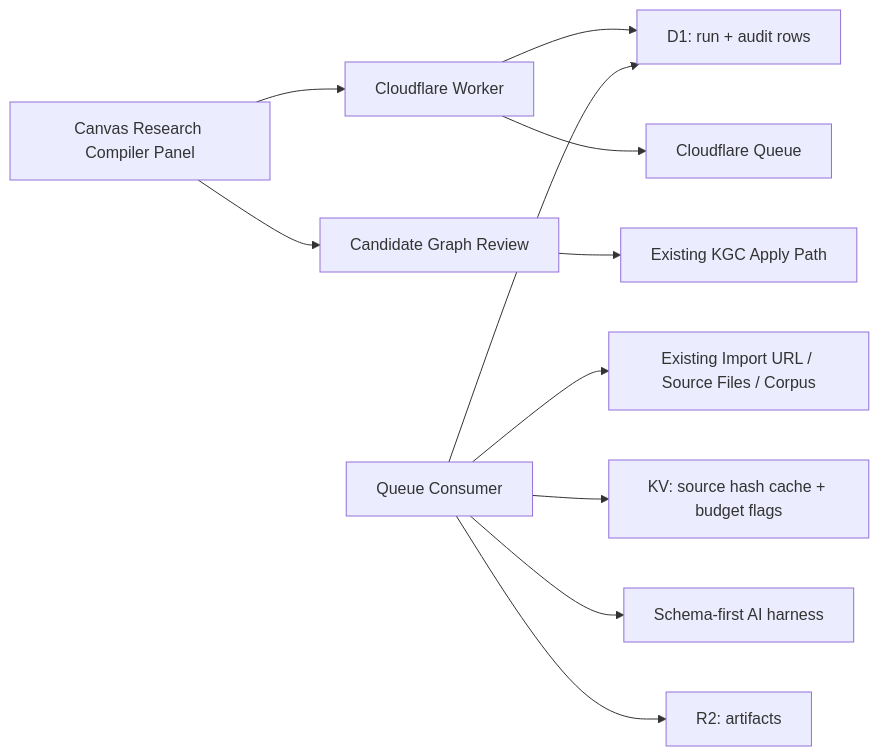
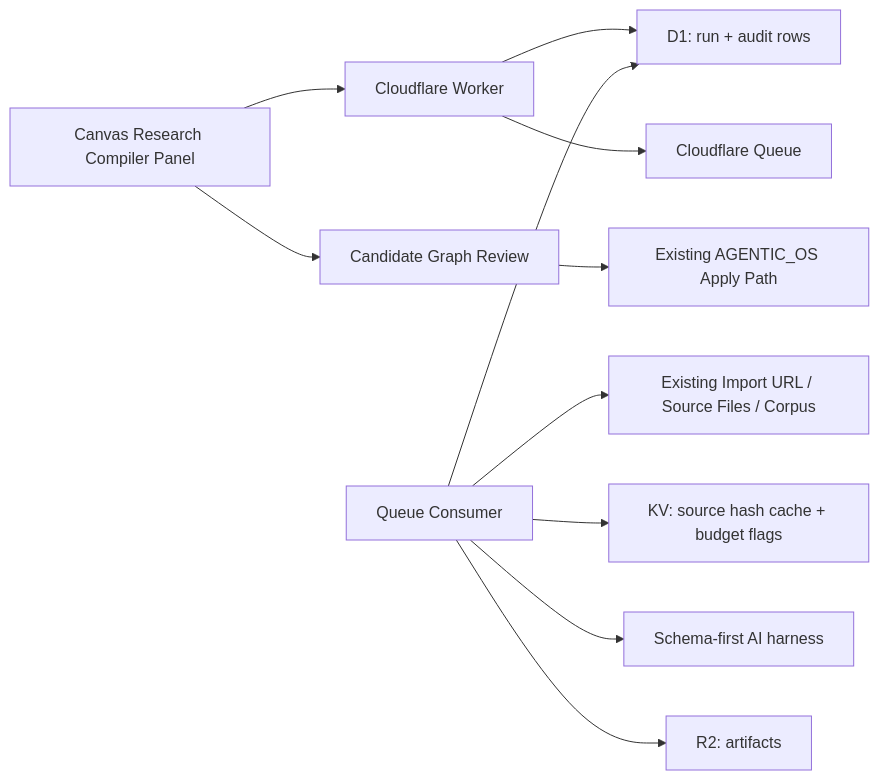
One commit to huijoohwee/agentic-graph changed the second of 2 diagrams in docs/documents/agentic-graph-research-agent-prd-tad.md. Above: the diagram before and after it, drawn with Mermaid. The commit also changed other lines of this file and 599 other files, not shown here.

````diff
--- a/docs/documents/agentic-graph-research-agent-prd-tad.md
+++ b/docs/documents/agentic-graph-research-agent-prd-tad.md
@@ -322,25 +322,25 @@
 ```mermaid
 flowchart LR
   UI["Canvas Research Compiler Panel"]
   Sources["Existing Import URL / Source Files / Corpus"]
   Worker["Cloudflare Worker"]
   Queue["Cloudflare Queue"]
   Consumer["Queue Consumer"]
   D1["D1: run + audit rows"]
   R2["R2: artifacts"]
   KV["KV: source hash cache + budget flags"]
   Harness["Schema-first AI harness"]
   Review["Candidate Graph Review"]
-  Apply["Existing KGC Apply Path"]
+  Apply["Existing AGENTIC_OS Apply Path"]
 
   UI --> Worker
   Worker --> D1
   Worker --> Queue
   Consumer --> Sources
   Consumer --> KV
   Consumer --> Harness
   Consumer --> R2
   Consumer --> D1
   UI --> Review
   Review --> Apply
 ```
````
